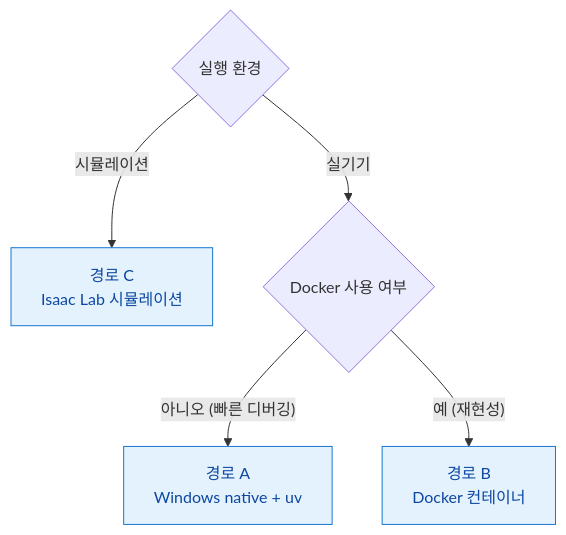
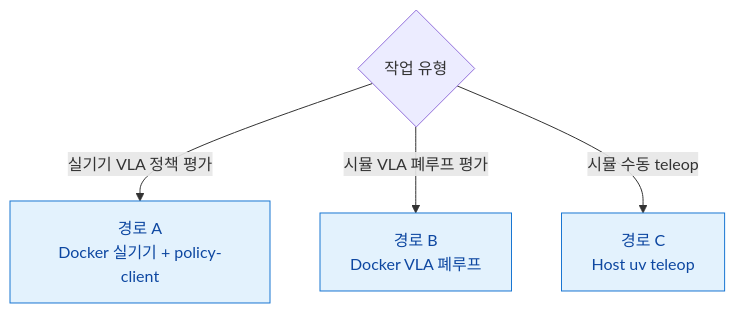
One commit to PubCyBerry/SO101-Sim2Real changed the diagram in README.md. Above: the diagram before and after it, drawn with Mermaid. The commit also changed other lines of this file and 4 other files, not shown here.

First line of the commit message:
docs: rewrite for VLA-only core, remove all Isaac Sim 6 / Isaac Lab 3 traces

````diff
--- a/README.md
+++ b/README.md
@@ -29,11 +29,10 @@
 ```mermaid
 flowchart TD
-    Q1{"실행 환경"}
-    Q1 -->|시뮬레이션| C["경로 C<br/>Isaac Lab 시뮬레이션"]
-    Q1 -->|실기기| Q2{"Docker 사용 여부"}
-    Q2 -->|"아니오 (빠른 디버깅)"| A["경로 A<br/>Windows native + uv"]
-    Q2 -->|"예 (재현성)"| B["경로 B<br/>Docker 컨테이너"]
+    Q1{"작업 유형"}
+    Q1 -->|실기기 VLA 정책 평가| A["경로 A<br/>Docker 실기기 + policy-client"]
+    Q1 -->|시뮬 VLA 폐루프 평가| B["경로 B<br/>Docker VLA 폐루프"]
+    Q1 -->|시뮬 수동 teleop| C["경로 C<br/>Host uv teleop"]
 
     classDef path fill:#e3f2fd,stroke:#1976d2,color:#0d47a1
     class A,B,C path
 ```
````
